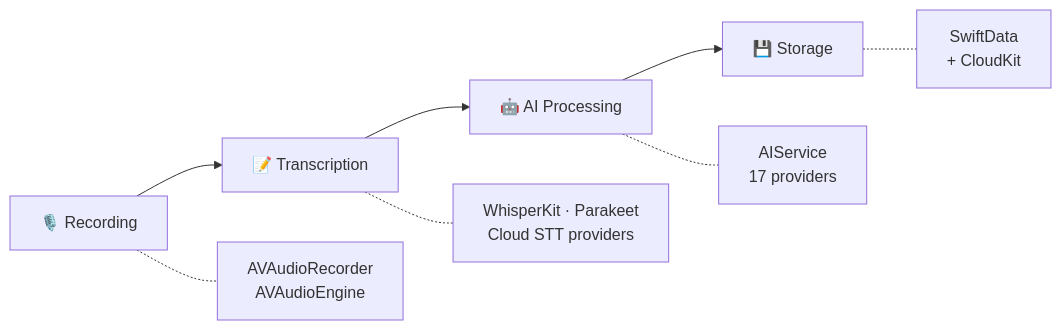
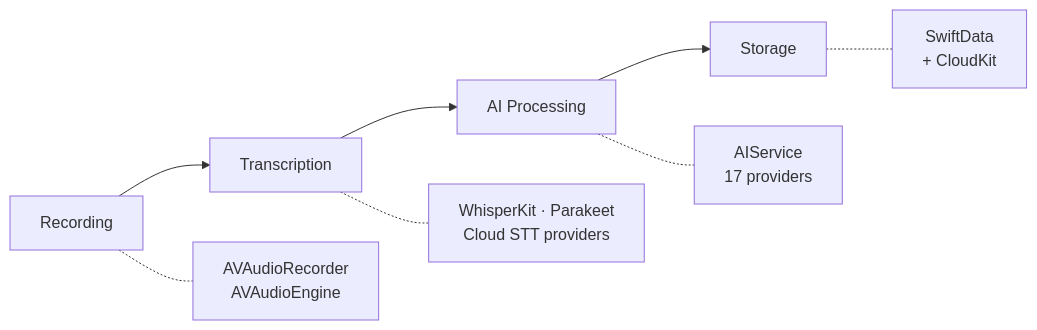
The first of 2 diagrams in README.md (n0an/VivaDicta), drawn with Mermaid before and after one commit. The commit also changed other lines of this file and 3 other files, not shown here.

````diff
--- a/README.md
+++ b/README.md
@@ -107,9 +107,9 @@
 ```mermaid
 graph LR
-    R[🎙️ Recording] --> T[📝 Transcription] --> AI[🤖 AI Processing] --> S[💾 Storage]
+    R[Recording] --> T[Transcription] --> AI[AI Processing] --> S[Storage]
 
     R -.- R1[AVAudioRecorder<br/>AVAudioEngine]
     T -.- T1[WhisperKit · Parakeet<br/>Cloud STT providers]
     AI -.- AI1[AIService<br/>17 providers]
     S -.- S1[SwiftData<br/>+ CloudKit]
 ```
````
